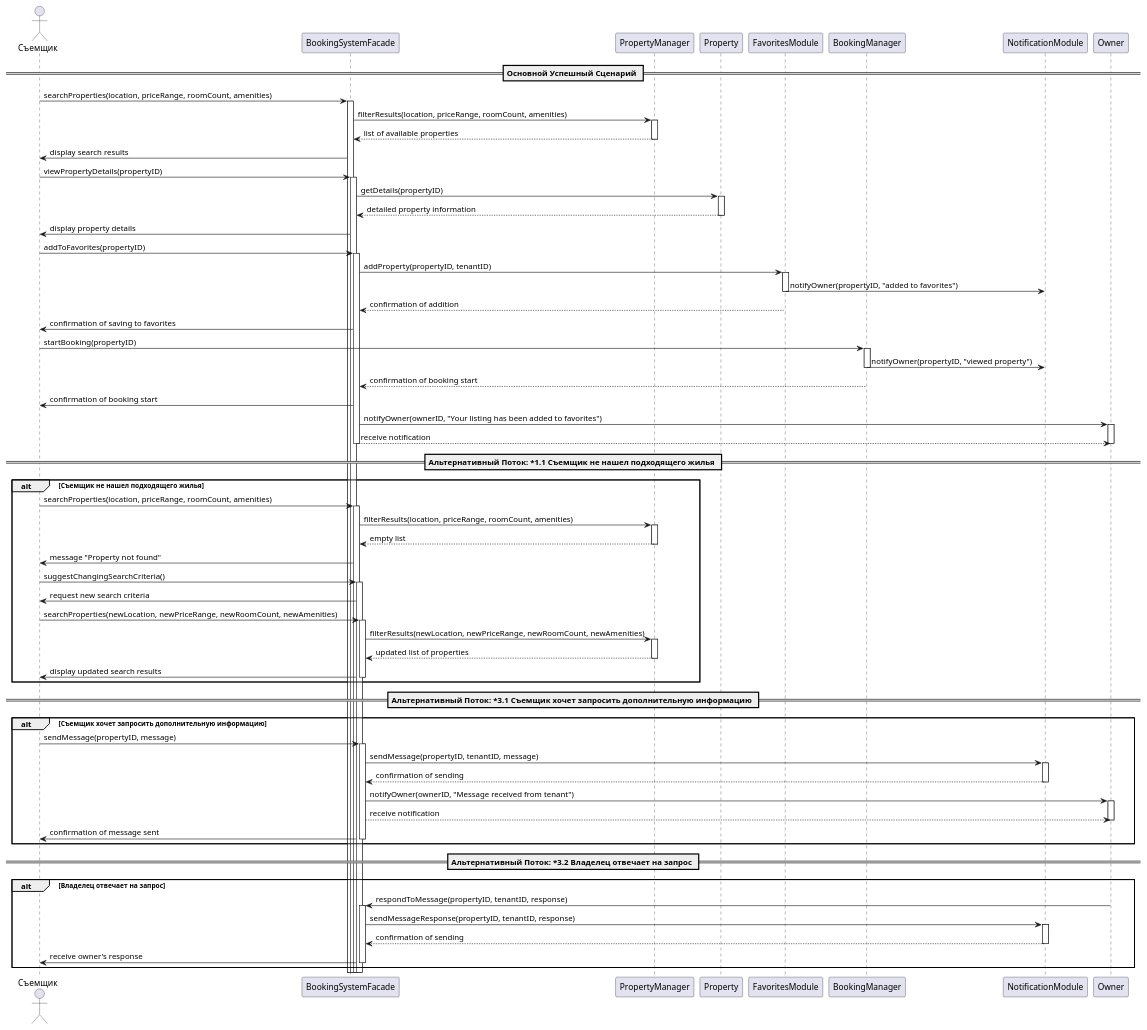
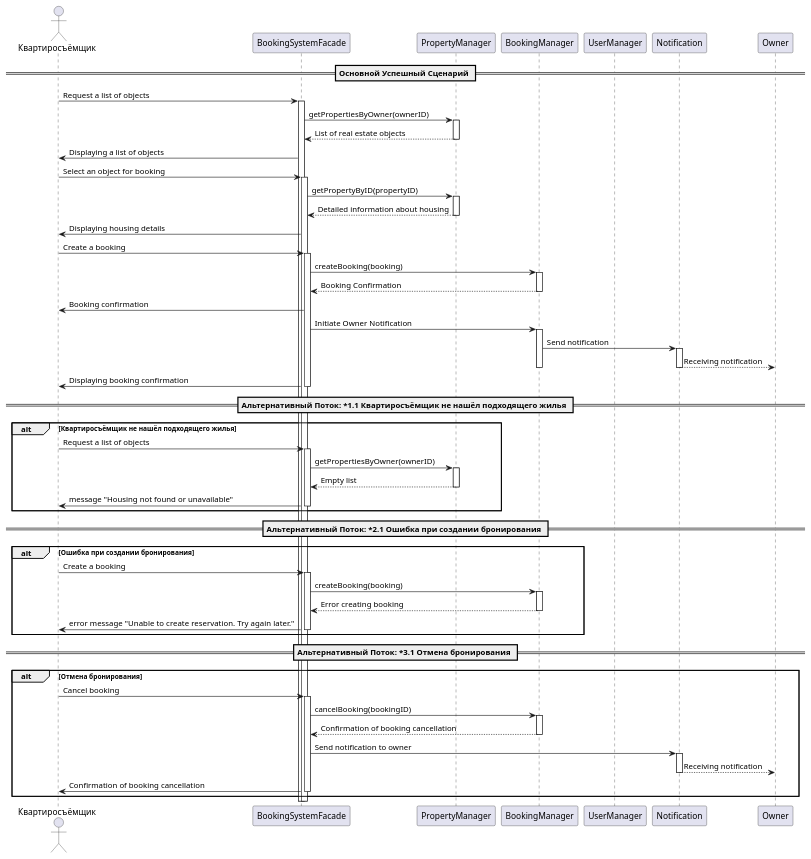
The diagram in precedents/HousingSelection/DiagramOfTheSequenceOfHousingSelection.md (penamarth/bsbo-01-22_team4_var8), drawn with PlantUML before and after one commit. The commit also changed 2 other files, not shown here.

Commit message:
Changed content in HousingSelection precedent

````diff
--- a/precedents/HousingSelection/DiagramOfTheSequenceOfHousingSelection.md
+++ b/precedents/HousingSelection/DiagramOfTheSequenceOfHousingSelection.md
@@ -1,130 +1,107 @@
 ```plantuml
 @startuml
 
-actor "Съемщик" as Tenant
+actor "Квартиросъёмщик" as Tenant
 participant "BookingSystemFacade" as System
-participant "PropertyManager" as Search
-participant "Property" as Details
-participant "FavoritesModule" as Favorites
-participant "BookingManager" as Booking
-participant "NotificationModule" as Notification
+participant "PropertyManager" as PropertyMgr
+participant "BookingManager" as BookingMgr
+participant "UserManager" as UserMgr
+participant "Notification" as Notification
+participant "Owner" as Owner
 
 == Основной Успешный Сценарий ==
 
-Tenant -> System : searchProperties(location, priceRange, roomCount, amenities)
+Tenant -> System : Request a list of objects
 activate System
 
-System -> Search : filterResults(location, priceRange, roomCount, amenities)
-activate Search
-Search --> System : list of available properties
-deactivate Search
+System -> PropertyMgr : getPropertiesByOwner(ownerID)
+activate PropertyMgr
+PropertyMgr --> System : List of real estate objects
+deactivate PropertyMgr
 
-System -> Tenant : display search results
+System -> Tenant : Displaying a list of objects
 
-Tenant -> System : viewPropertyDetails(propertyID)
+Tenant -> System : Select an object for booking
 activate System
 
-System -> Details : getDetails(propertyID)
-activate Details
-Details --> System : detailed property information
-deactivate Details
+System -> PropertyMgr : getPropertyByID(propertyID)
+activate PropertyMgr
+PropertyMgr --> System : Detailed information about housing
+deactivate PropertyMgr
 
-System -> Tenant : display property details
+System -> Tenant : Displaying housing details
 
-Tenant -> System : addToFavorites(propertyID)
+Tenant -> System : Create a booking
 activate System
 
-System -> Favorites : addProperty(propertyID, tenantID)
-activate Favorites
+System -> BookingMgr : createBooking(booking)
+activate BookingMgr
+BookingMgr --> System : Booking Confirmation
+deactivate BookingMgr
 
-Favorites -> Notification : notifyOwner(propertyID, "added to favorites")
-deactivate Favorites
+System -> Tenant : Booking confirmation
 
-Favorites --> System : confirmation of addition
-deactivate Favorites
+System -> BookingMgr : Initiate Owner Notification
+activate BookingMgr
+BookingMgr -> Notification : Send notification
+activate Notification
+Notification --> Owner : Receiving notification
+deactivate Notification
+deactivate BookingMgr
 
-System -> Tenant : confirmation of saving to favorites
-
-Tenant -> Booking : startBooking(propertyID)
-activate Booking
-
-Booking -> Notification : notifyOwner(propertyID, "viewed property")
-deactivate Booking
-
-Booking --> System : confirmation of booking start
-deactivate Booking
-
-System -> Tenant : confirmation of booking start
-
-System -> Owner : notifyOwner(ownerID, "Your listing has been added to favorites")
-activate Owner
-Owner <-- System : receive notification
-deactivate Owner
+System -> Tenant : Displaying booking confirmation
 
 deactivate System
 
-== Альтернативный Поток: *1.1 Съемщик не нашел подходящего жилья ==
+== Альтернативный Поток: *1.1 Квартиросъёмщик не нашёл подходящего жилья ==
 
-alt Съемщик не нашел подходящего жилья
-    Tenant -> System : searchProperties(location, priceRange, roomCount, amenities)
+alt Квартиросъёмщик не нашёл подходящего жилья
+    Tenant -> System : Request a list of objects
     activate System
 
-    System -> Search : filterResults(location, priceRange, roomCount, amenities)
-    activate Search
-    Search --> System : empty list
-    deactivate Search
+    System -> PropertyMgr : getPropertiesByOwner(ownerID)
+    activate PropertyMgr
+    PropertyMgr --> System : Empty list
+    deactivate PropertyMgr
 
-    System -> Tenant : message "Property not found"
-    
-    Tenant -> System : suggestChangingSearchCriteria()
-    activate System
+    System -> Tenant : message "Housing not found or unavailable"
 
-    System -> Tenant : request new search criteria
-
-    Tenant -> System : searchProperties(newLocation, newPriceRange, newRoomCount, newAmenities)
-    activate System
-
-    System -> Search : filterResults(newLocation, newPriceRange, newRoomCount, newAmenities)
-    activate Search
-    Search --> System : updated list of properties
-    deactivate Search
-
-    System -> Tenant : display updated search results
     deactivate System
 end
 
-== Альтернативный Поток: *3.1 Съемщик хочет запросить дополнительную информацию ==
+== Альтернативный Поток: *2.1 Ошибка при создании бронирования ==
 
-alt Съемщик хочет запросить дополнительную информацию
-    Tenant -> System : sendMessage(propertyID, message)
+alt Ошибка при создании бронирования
+    Tenant -> System : Create a booking
     activate System
 
-    System -> Notification : sendMessage(propertyID, tenantID, message)
-    activate Notification
-    Notification --> System : confirmation of sending
-    deactivate Notification
+    System -> BookingMgr : createBooking(booking)
+    activate BookingMgr
+    BookingMgr --> System : Error creating booking
+    deactivate BookingMgr
 
-    System -> Owner : notifyOwner(ownerID, "Message received from tenant")
-    activate Owner
-    Owner <-- System : receive notification
-    deactivate Owner
-
-    System -> Tenant : confirmation of message sent
+    System -> Tenant : error message "Unable to create reservation. Try again later."
     deactivate System
 end
 
-== Альтернативный Поток: *3.2 Владелец отвечает на запрос ==
+== Альтернативный Поток: *3.1 Отмена бронирования ==
 
-alt Владелец отвечает на запрос
-    Owner -> System : respondToMessage(propertyID, tenantID, response)
+alt Отмена бронирования
+    Tenant -> System : Cancel booking
     activate System
 
-    System -> Notification : sendMessageResponse(propertyID, tenantID, response)
+    System -> BookingMgr : cancelBooking(bookingID)
+    activate BookingMgr
+    BookingMgr --> System : Confirmation of booking cancellation
+    deactivate BookingMgr
+
+    System -> Notification : Send notification to owner
     activate Notification
-    Notification --> System : confirmation of sending
+    Notification --> Owner : Receiving notification
     deactivate Notification
 
-    System -> Tenant : receive owner's response
+    System -> Tenant : Confirmation of booking cancellation
+
     deactivate System
 end
 
````
